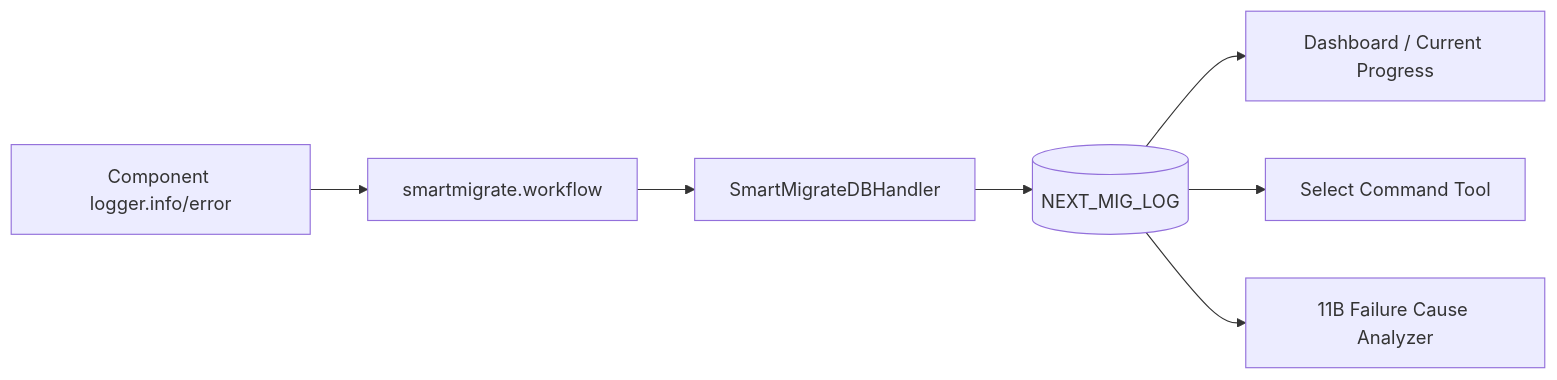
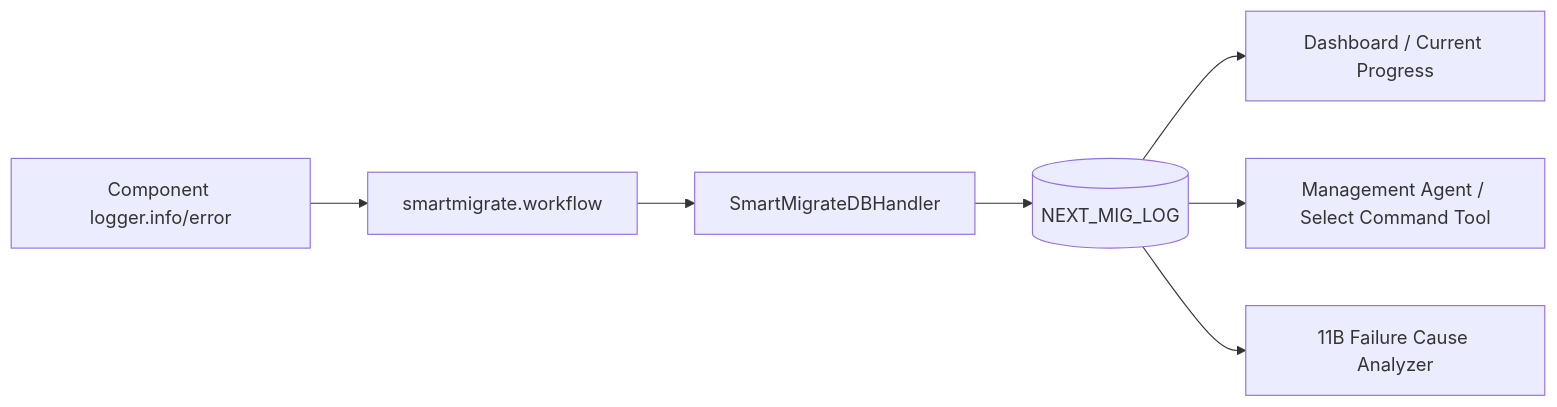
The first of 3 diagrams in smartMigrate_2.0_Langflow/00_guide/00_architecture_chapter5_logging_operations.md (seongikjin227-jpg/refactoring_smartMigrate), drawn with Mermaid before and after one commit. The commit also changed other lines of this file and 8 other files, not shown here.

````diff
--- a/smartMigrate_2.0_Langflow/00_guide/00_architecture_chapter5_logging_operations.md
+++ b/smartMigrate_2.0_Langflow/00_guide/00_architecture_chapter5_logging_operations.md
@@ -7,9 +7,9 @@
 ```mermaid
 flowchart LR
     COMP[Component logger.info/error] --> PYLOG[smartmigrate.workflow]
     PYLOG --> H[SmartMigrateDBHandler]
     H --> DB[(NEXT_MIG_LOG)]
     DB --> DASH[Dashboard / Current Progress]
-    DB --> QA[Select Command Tool]
+    DB --> QA[Management Agent / Select Command Tool]
     DB --> F11B[11B Failure Cause Analyzer]
 ```
````
